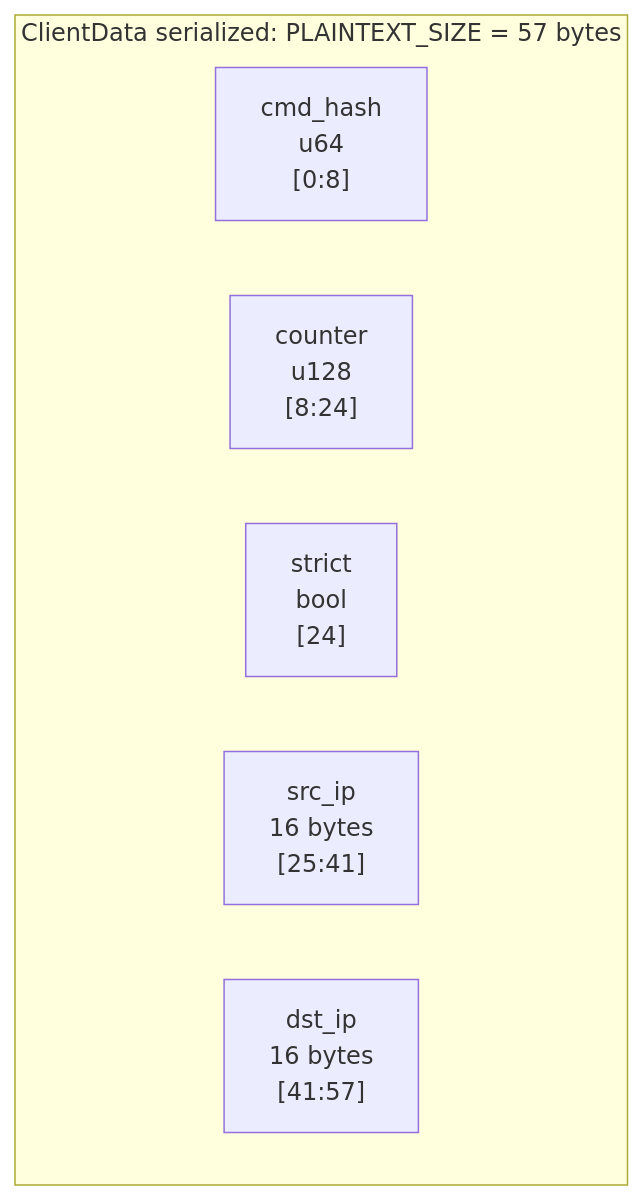
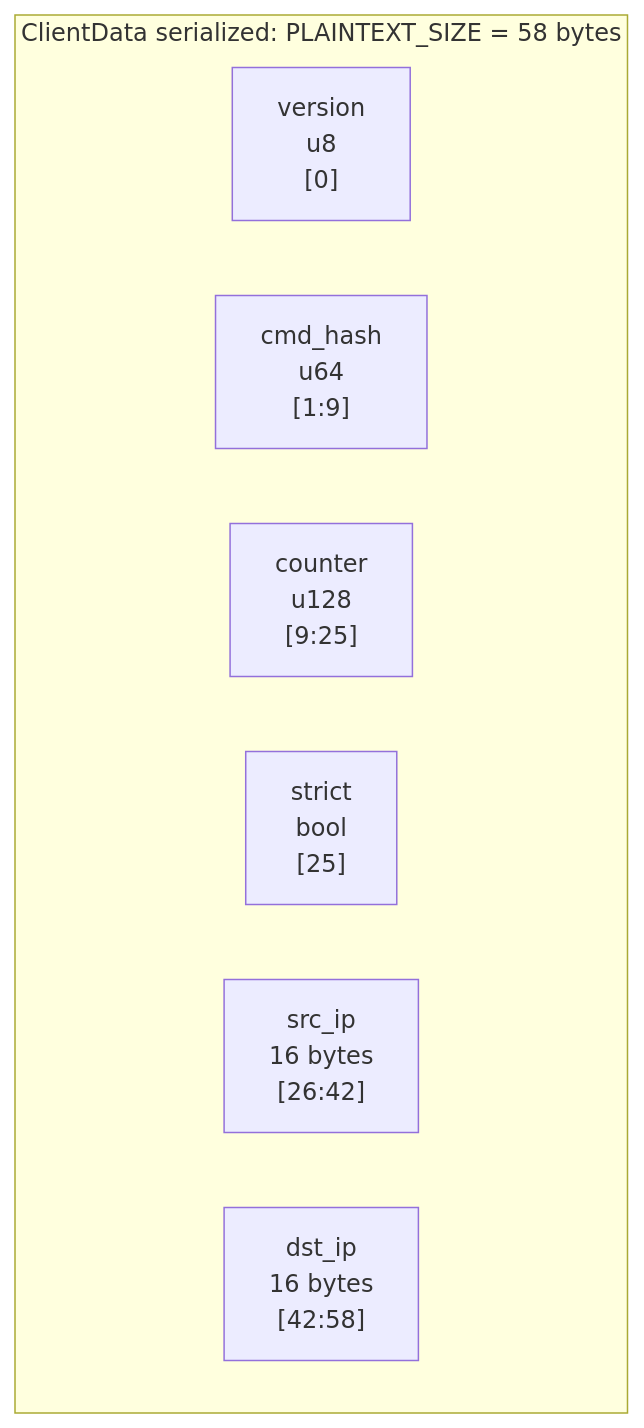
Before and after one commit to beac0n/ruroco: the second of 2 diagrams in docs/src/architecture/protocol.md, drawn with Mermaid. The commit also changed other lines of this file and 15 other files, not shown here.

````diff
--- a/docs/src/architecture/protocol.md
+++ b/docs/src/architecture/protocol.md
@@ -53,11 +54,12 @@
 ```mermaid
 flowchart LR
-    subgraph pt["ClientData serialized: PLAINTEXT_SIZE = 57 bytes"]
+    subgraph pt["ClientData serialized: PLAINTEXT_SIZE = 58 bytes"]
         direction LR
-        h["cmd_hash<br/>u64<br/>[0:8]"]
-        c["counter<br/>u128<br/>[8:24]"]
-        s["strict<br/>bool<br/>[24]"]
-        src["src_ip<br/>16 bytes<br/>[25:41]"]
-        dst["dst_ip<br/>16 bytes<br/>[41:57]"]
+        v["version<br/>u8<br/>[0]"]
+        h["cmd_hash<br/>u64<br/>[1:9]"]
+        c["counter<br/>u128<br/>[9:25]"]
+        s["strict<br/>bool<br/>[25]"]
+        src["src_ip<br/>16 bytes<br/>[26:42]"]
+        dst["dst_ip<br/>16 bytes<br/>[42:58]"]
     end
 ```
````
